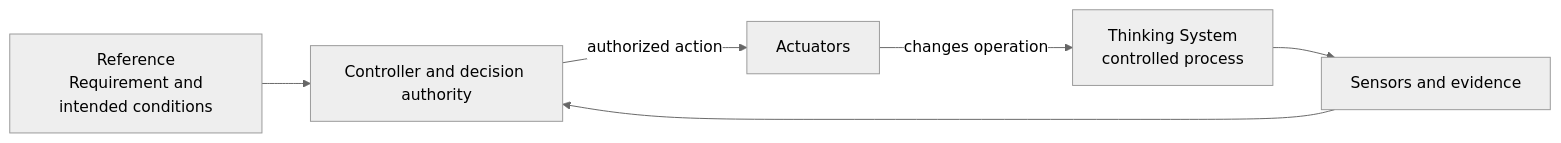
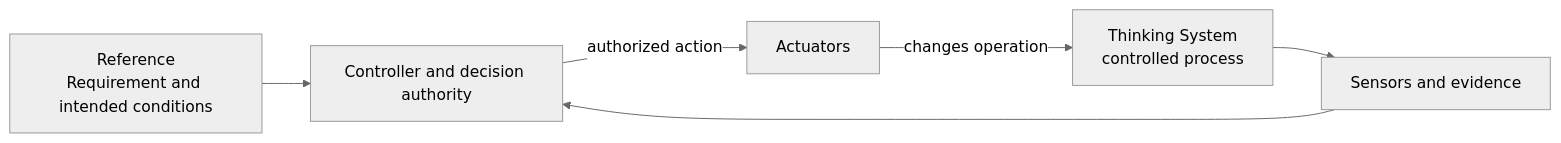
The seventh of 14 diagrams in content/research/notes/open-engineering-specification-article-draft.md (UncertaintyArchitectureGroup/uncertainty-architecture), drawn with Mermaid (neutral theme) before and after one commit. The commit also changed other lines of this file and 1 other file, not shown here.

````diff
--- a/content/research/notes/open-engineering-specification-article-draft.md
+++ b/content/research/notes/open-engineering-specification-article-draft.md
@@ -344,13 +342,13 @@
 ```mermaid
 flowchart LR
-    R["Reference<br/> Requirement and intended conditions"]
-    P["Thinking System<br/> controlled process"]
+    R["Reference<br/>Requirement and intended conditions"]
+    P["Thinking System<br/>controlled process"]
     S["Sensors and evidence"]
     C["Controller and decision authority"]
-    A[Actuators]
+    A["Actuators"]
 
     R --> C
     P --> S --> C
     C -->|authorized action| A
     A -->|changes operation| P
 ```
````
